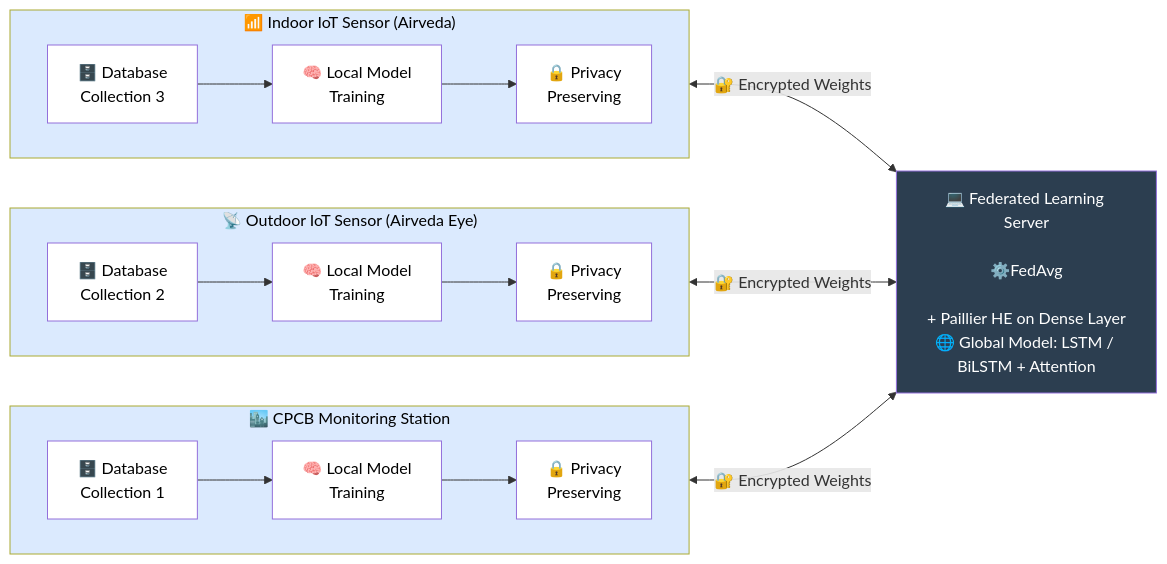
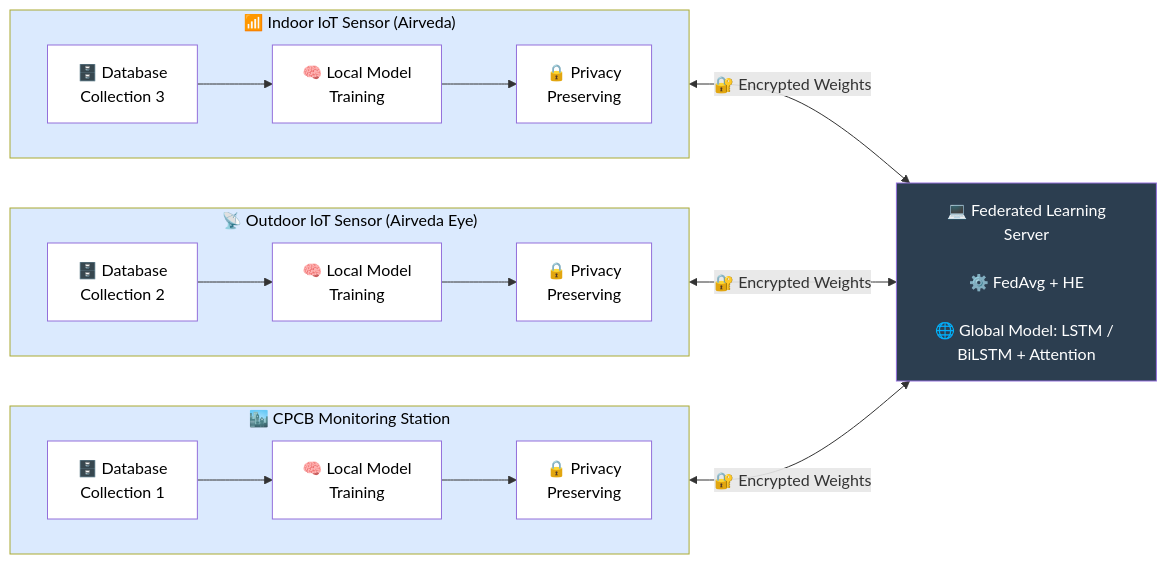
One commit to manpreet-singh-aiml/AQI-JALANDHAR changed the diagram in README.md. Above: the diagram before and after it, drawn with Mermaid.

````diff
--- a/README.md
+++ b/README.md
@@ -39,40 +39,40 @@
 ```mermaid
 graph LR
     subgraph C1["🏙️ CPCB Monitoring Station"]
         direction LR
         DB1["🗄️ Database<br/>Collection 1"] --> LT1["🧠 Local Model<br/>Training"] --> PP1["🔒 Privacy<br/>Preserving"]
     end
 
     subgraph C2["📡 Outdoor IoT Sensor (Airveda Eye)"]
         direction LR
         DB2["🗄️ Database<br/>Collection 2"] --> LT2["🧠 Local Model<br/>Training"] --> PP2["🔒 Privacy<br/>Preserving"]
     end
 
     subgraph C3["📶 Indoor IoT Sensor (Airveda)"]
         direction LR
         DB3["🗄️ Database<br/>Collection 3"] --> LT3["🧠 Local Model<br/>Training"] --> PP3["🔒 Privacy<br/>Preserving"]
     end
 
     PP1 <-->|🔐 Encrypted Weights| FLS
     PP2 <-->|🔐 Encrypted Weights| FLS
     PP3 <-->|🔐 Encrypted Weights| FLS
 
-    FLS["💻 Federated Learning Server<br/><br/>⚙️FedAvg<br/><br>+ Paillier HE on Dense Layer<br/>🌐 Global Model: LSTM / BiLSTM + Attention"]
+    FLS["💻 Federated Learning<br/>Server<br/><br/>⚙️ FedAvg + HE<br/><br/>🌐 Global Model: LSTM / BiLSTM + Attention"]
 
     classDef clientBox font-size:20px,font-weight:bold;
     class C1,C2,C3 clientBox
 
     style FLS fill:#2c3e50,color:#fff
     style C1 fill:#dbeafe,color:#000
     style C2 fill:#dbeafe,color:#000
     style C3 fill:#dbeafe,color:#000
     style DB1 fill:#fff,color:#000
     style LT1 fill:#fff,color:#000
     style PP1 fill:#fff,color:#000
     style DB2 fill:#fff,color:#000
     style LT2 fill:#fff,color:#000
     style PP2 fill:#fff,color:#000
     style DB3 fill:#fff,color:#000
     style LT3 fill:#fff,color:#000
     style PP3 fill:#fff,color:#000
 ```
````
